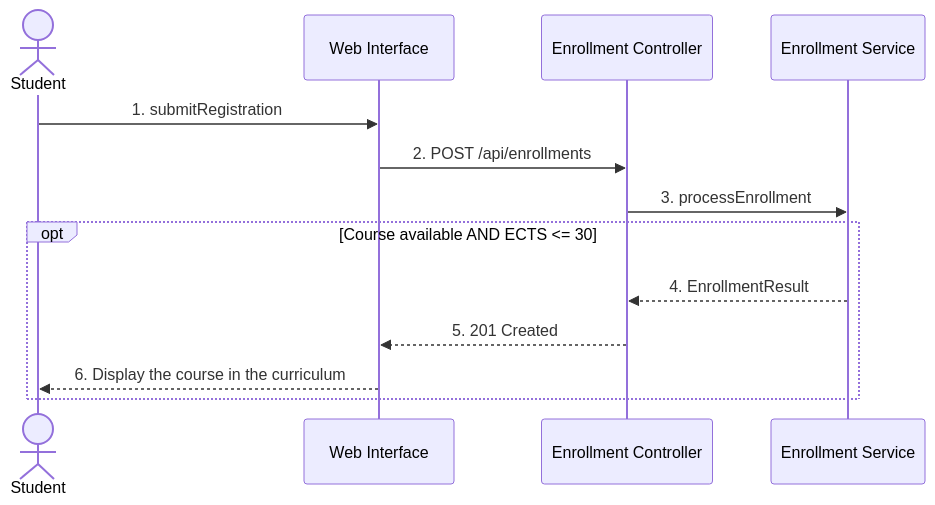
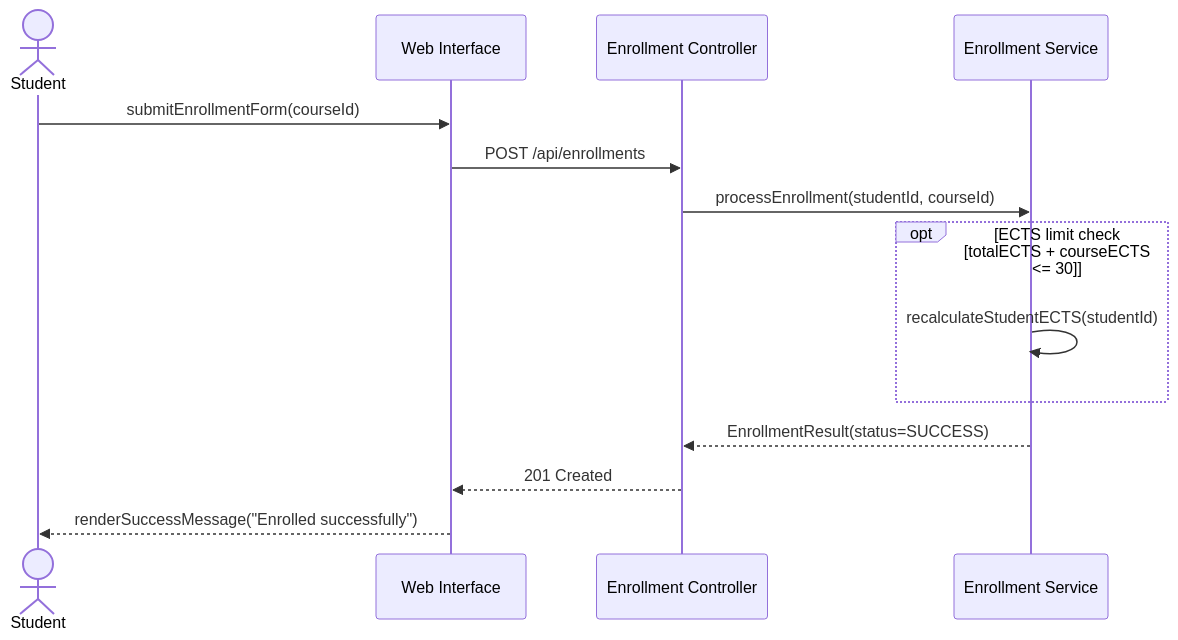
One commit to overdimension/KPI2-labs changed the first of 4 diagrams in Diagrams/Diagrams.md. Above: the diagram before and after it, drawn with Mermaid. The commit also changed other lines of this file, not shown here.

Commit message:
Refactor enrollment diagrams for clarity and accuracy

````diff
--- a/Diagrams/Diagrams.md
+++ b/Diagrams/Diagrams.md
@@ -3,17 +3,19 @@
 ```mermaid
 sequenceDiagram
     actor Student as Student
     participant WI as Web Interface
     participant EC as Enrollment Controller
     participant ES as Enrollment Service
 
-    Student->>WI: 1. submitRegistration
-    WI->>EC: 2. POST /api/enrollments
-    EC->>ES: 3. processEnrollment
+    Student->>WI: submitEnrollmentForm(courseId)
+    WI->>EC: POST /api/enrollments
+    EC->>ES: processEnrollment(studentId, courseId)
 
-    opt Course available AND ECTS <= 30
-        ES-->>EC: 4. EnrollmentResult
-        EC-->>WI: 5. 201 Created
-        WI-->>Student: 6. Display the course in the curriculum
+    opt ECTS limit check [totalECTS + courseECTS <= 30]
+        ES->>ES: recalculateStudentECTS(studentId)
     end
+
+    ES-->>EC: EnrollmentResult(status=SUCCESS)
+    EC-->>WI: 201 Created
+    WI-->>Student: renderSuccessMessage("Enrolled successfully")
 ```
````
